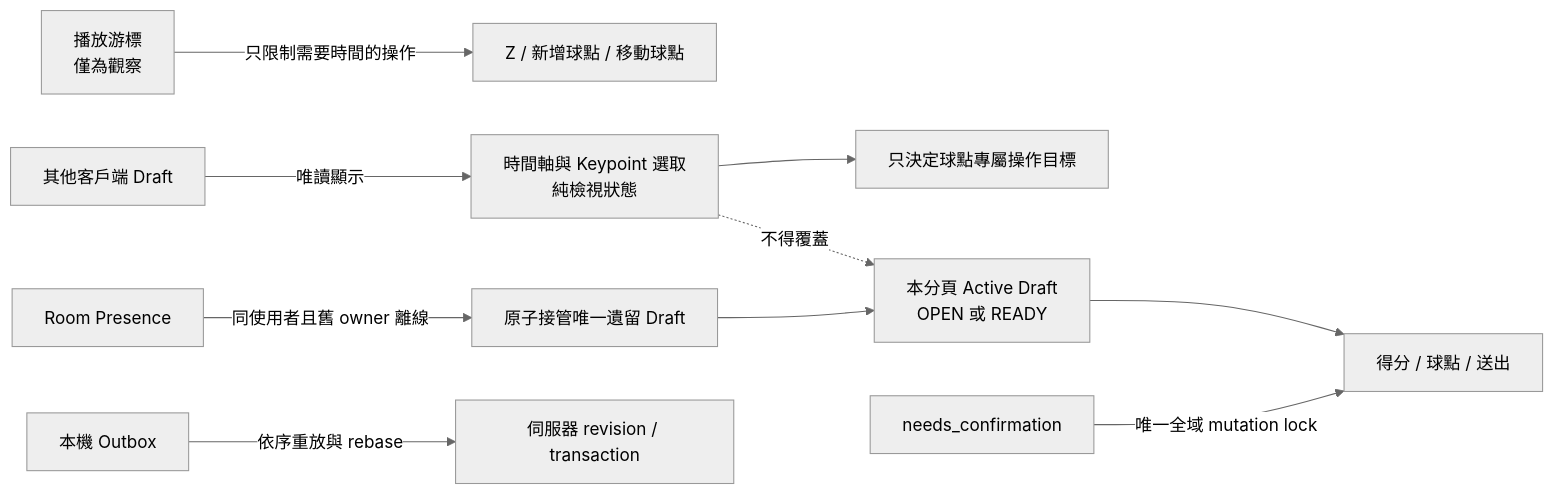
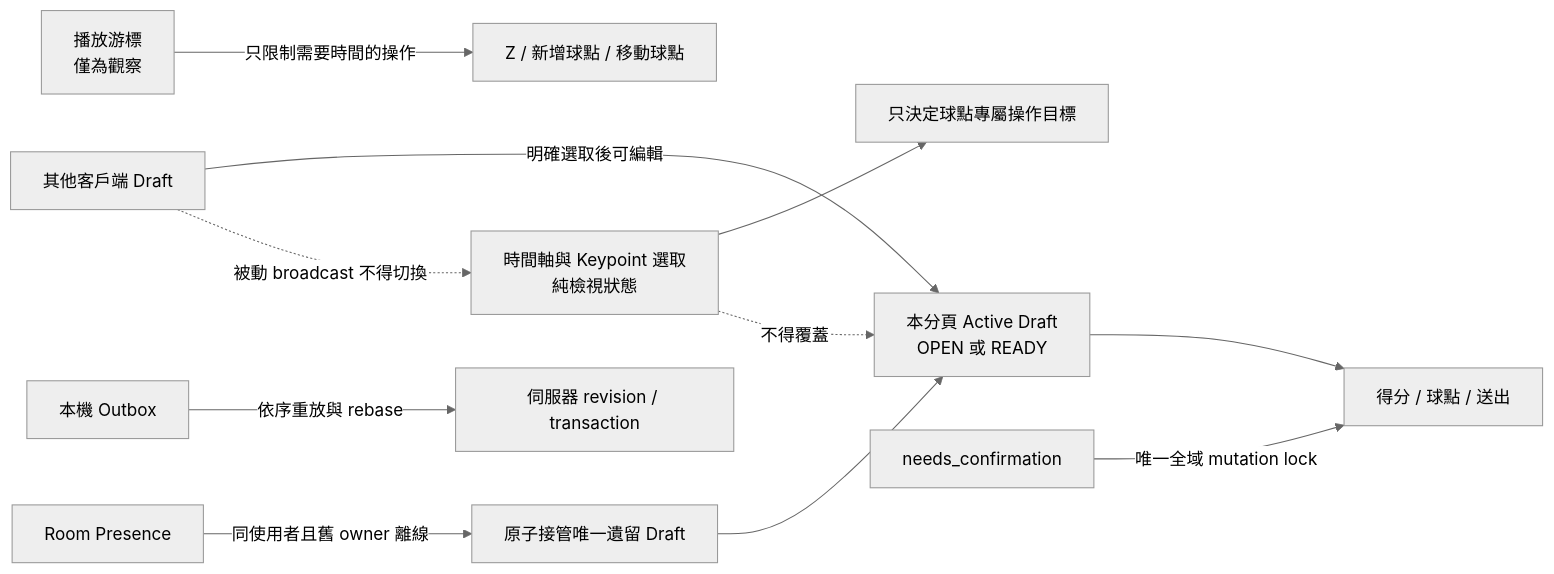
One commit to henry753951/volleyball-monitoring-ai changed the diagram in docs/ANNOTATION_INTERACTION_LOCK_MATRIX.md. Above: the diagram before and after it, drawn with Mermaid (neutral theme). The commit also changed other lines of this file and 20 other files, not shown here.

````diff
--- a/docs/ANNOTATION_INTERACTION_LOCK_MATRIX.md
+++ b/docs/ANNOTATION_INTERACTION_LOCK_MATRIX.md
@@ -7,12 +7,13 @@
 ```mermaid
 flowchart LR
   Cursor[播放游標\n僅為觀察] -->|只限制需要時間的操作| TimeOps[Z / 新增球點 / 移動球點]
   Active[本分頁 Active Draft\nOPEN 或 READY] --> DraftOps[得分 / 球點 / 送出]
   Selection[時間軸與 Keypoint 選取\n純檢視狀態] --> PointOps[只決定球點專屬操作目標]
   Selection -.不得覆蓋.-> Active
-  Peer[其他客戶端 Draft] -->|唯讀顯示| Selection
+  Peer[其他客戶端 Draft] -->|明確選取後可編輯| Active
+  Peer -.被動 broadcast 不得切換.-> Selection
   Presence[Room Presence] -->|同使用者且舊 owner 離線| Recovery[原子接管唯一遺留 Draft]
   Recovery --> Active
   Outbox[本機 Outbox] -->|依序重放與 rebase| Server[伺服器 revision / transaction]
   Conflict[needs_confirmation] -->|唯一全域 mutation lock| DraftOps
 ```
````
